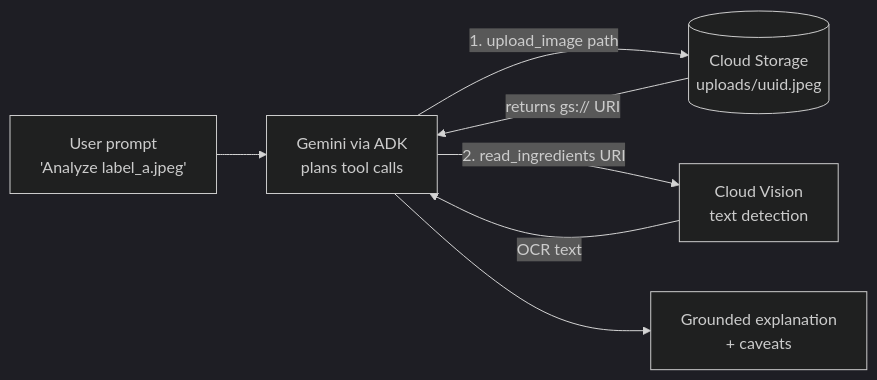
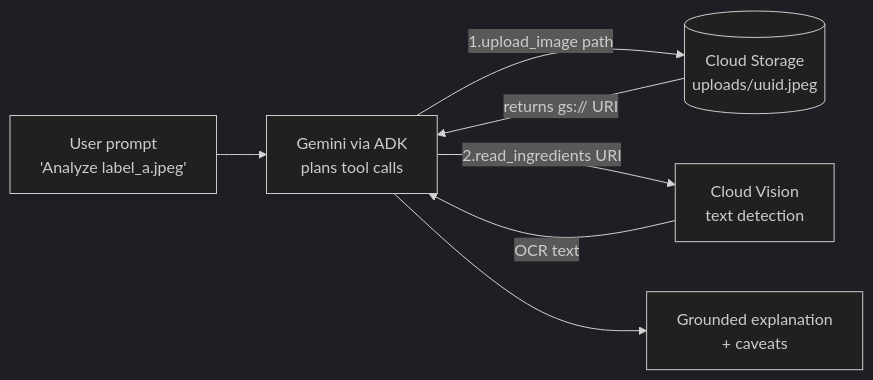
The diagram in README.md (BinduRajyaLakshmiTekumudi/adk-vision-ocr-agent), drawn with Mermaid (dark theme) before and after one commit.

Commit message:
docs: show trace screenshots in README

````diff
--- a/README.md
+++ b/README.md
@@ -19,9 +19,9 @@
 ```mermaid
 flowchart LR
     U[User prompt<br/>'Analyze label_a.jpeg'] --> G[Gemini via ADK<br/>plans tool calls]
-    G -->|1. upload_image path| S[(Cloud Storage<br/>uploads/uuid.jpeg)]
+    G -->|1.upload_image path| S[(Cloud Storage<br/>uploads/uuid.jpeg)]
     S -->|returns gs:// URI| G
-    G -->|2. read_ingredients URI| V[Cloud Vision<br/>text detection]
+    G -->|2.read_ingredients URI| V[Cloud Vision<br/>text detection]
     V -->|OCR text| G
     G --> A[Grounded explanation<br/>+ caveats]
 ```
````
